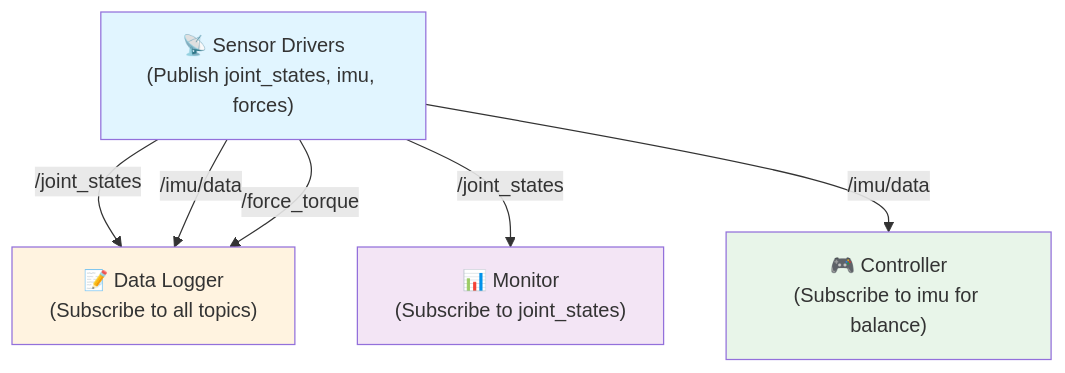
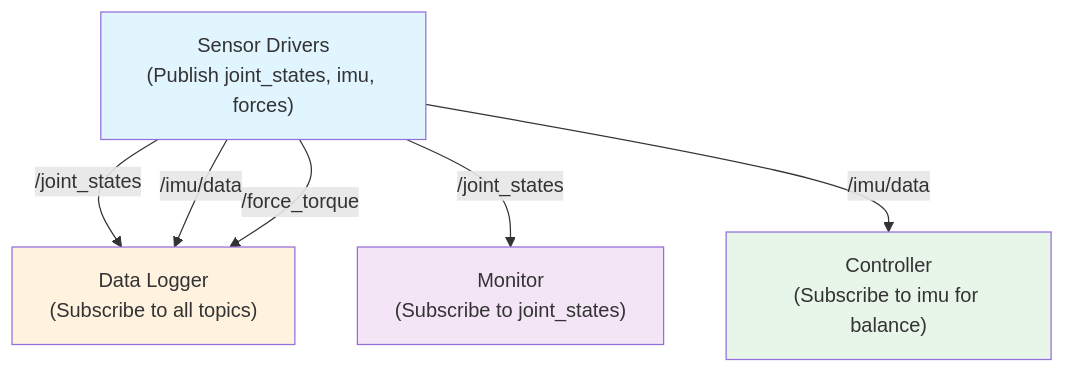
The second of 2 diagrams in docs/chapters/ch3-ros2.mdx (Danishhshahid/Physical-AI-Humanoid-Robotics-Book), drawn with Mermaid before and after one commit. The commit also changed other lines of this file and 45 other files, not shown here.

````diff
--- a/docs/chapters/ch3-ros2.mdx
+++ b/docs/chapters/ch3-ros2.mdx
@@ -235,18 +235,18 @@
 ```mermaid
 graph TD
-    Sensors["📡 Sensor Drivers<br/>(Publish joint_states, imu, forces)"]
-    Logger["📝 Data Logger<br/>(Subscribe to all topics)"]
-    Monitor["📊 Monitor<br/>(Subscribe to joint_states)"]
-    Control["🎮 Controller<br/>(Subscribe to imu for balance)"]
+    Sensors[" Sensor Drivers<br/>(Publish joint_states, imu, forces)"]
+    Logger[" Data Logger<br/>(Subscribe to all topics)"]
+    Monitor[" Monitor<br/>(Subscribe to joint_states)"]
+    Control[" Controller<br/>(Subscribe to imu for balance)"]
 
     Sensors -->|/joint_states| Logger
     Sensors -->|/imu/data| Logger
     Sensors -->|/joint_states| Monitor
     Sensors -->|/imu/data| Control
     Sensors -->|/force_torque| Logger
 
     style Sensors fill:#e1f5ff
     style Logger fill:#fff3e0
     style Monitor fill:#f3e5f5
     style Control fill:#e8f5e9
 ```
````
